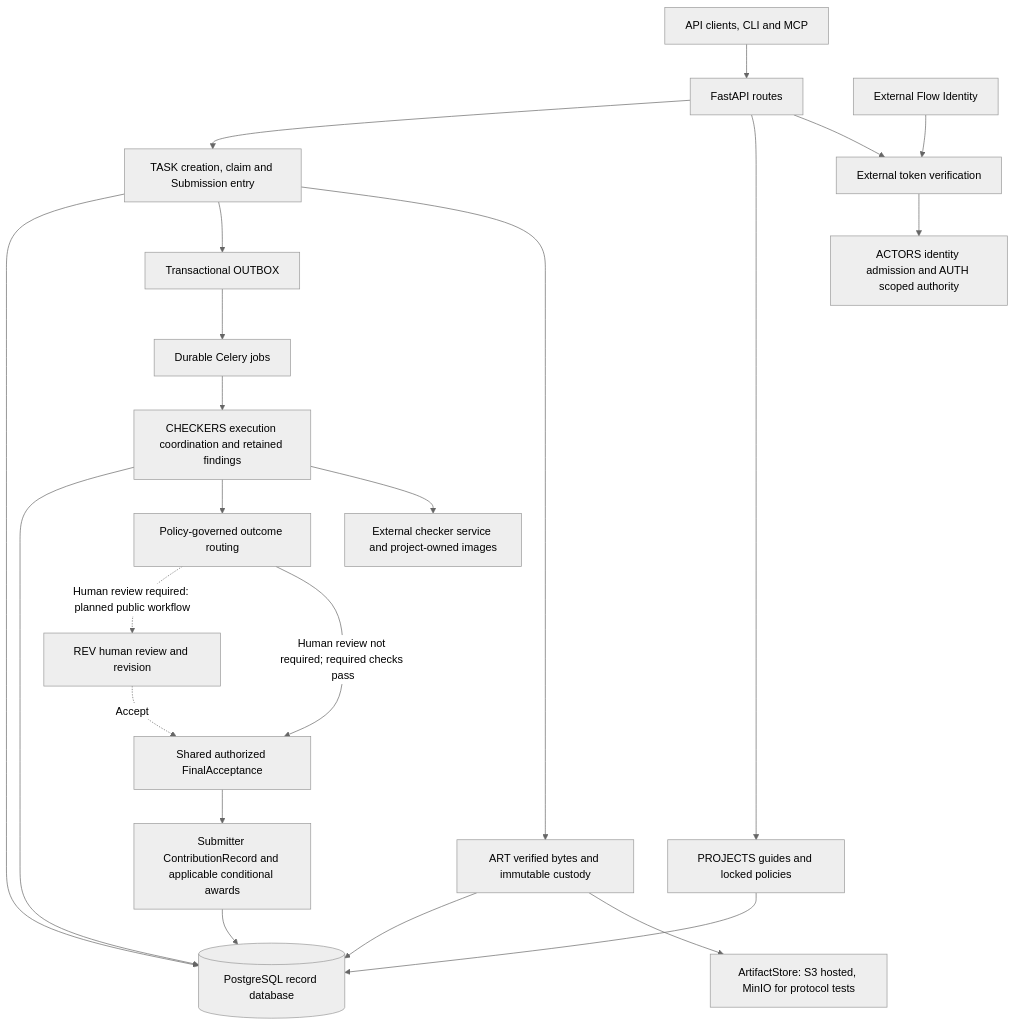
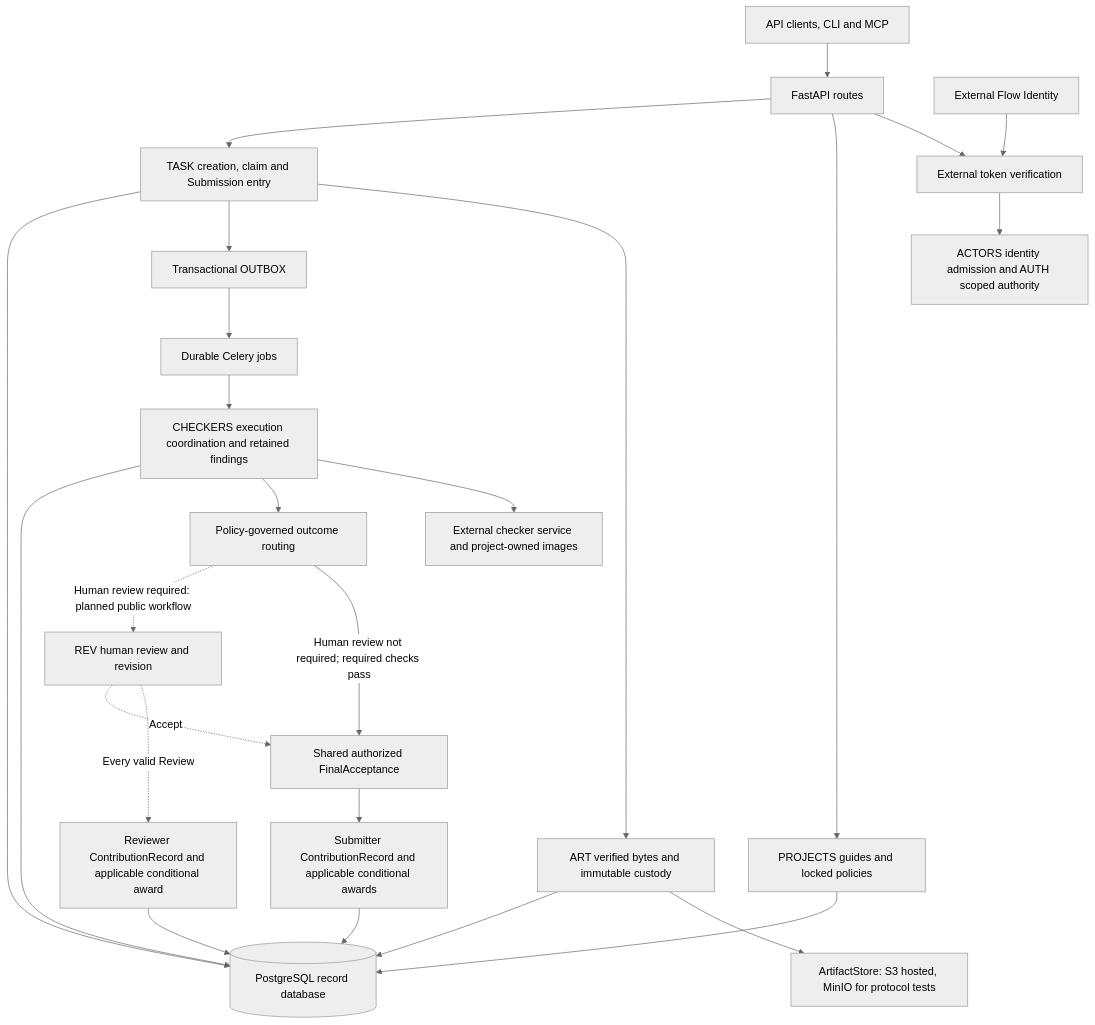
Before and after one commit to Flow-Research/workstream: the diagram in docs/diagrams/backend_v01_components.md, drawn with Mermaid (neutral theme). The commit also changed other lines of this file, not shown here.

Commit message:
Show reviewer contribution independently of final acceptance

````diff
--- a/docs/diagrams/backend_v01_components.md
+++ b/docs/diagrams/backend_v01_components.md
@@ -9,25 +9,27 @@
 ```mermaid
 flowchart TB
   clients[API clients, CLI and MCP] --> api[FastAPI routes]
   identity[External Flow Identity] --> verification[External token verification]
   api --> verification
   verification --> authority[ACTORS identity admission and AUTH scoped authority]
   api --> projects[PROJECTS guides and locked policies]
   api --> tasks[TASK creation, claim and Submission entry]
   tasks --> artifacts[ART verified bytes and immutable custody]
   artifacts --> storage[ArtifactStore: S3 hosted, MinIO for protocol tests]
   tasks --> outbox[Transactional OUTBOX]
   outbox --> celery[Durable Celery jobs]
   celery --> checkers[CHECKERS execution coordination and retained findings]
   checkers --> runner[External checker service and project-owned images]
   checkers --> routing[Policy-governed outcome routing]
   routing -->|Human review not required; required checks pass| acceptance[Shared authorized FinalAcceptance]
   routing -.->|Human review required: planned public workflow| review[REV human review and revision]
+  review -.->|Every valid Review| reviewer_contribution[Reviewer ContributionRecord and applicable conditional award]
   review -.->|Accept| acceptance
   acceptance --> contributions[Submitter ContributionRecord and applicable conditional awards]
   projects --> database[(PostgreSQL record database)]
   tasks --> database
   artifacts --> database
   checkers --> database
   contributions --> database
+  reviewer_contribution --> database
 ```
````
